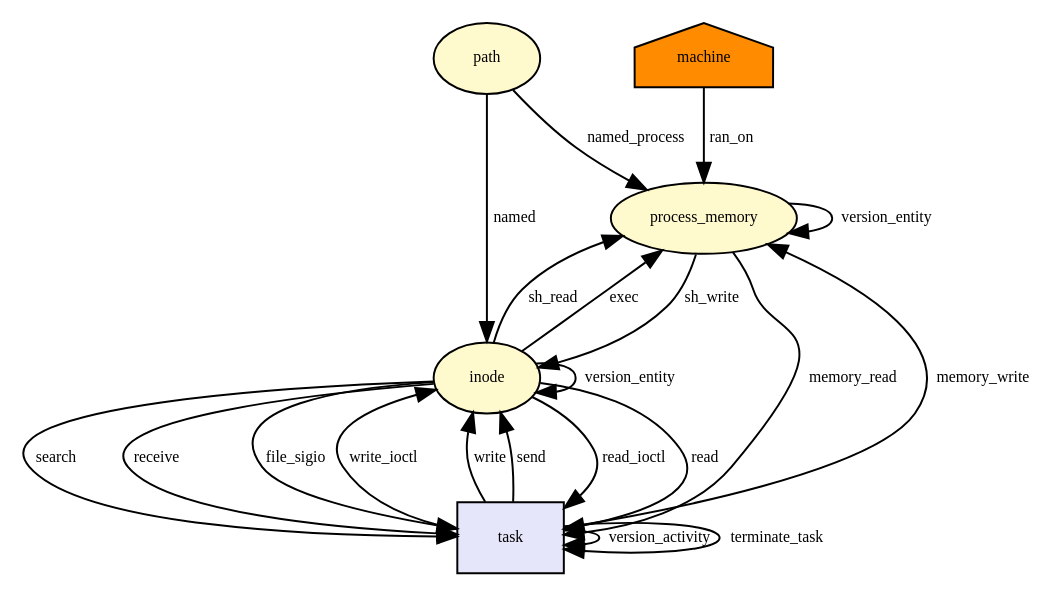
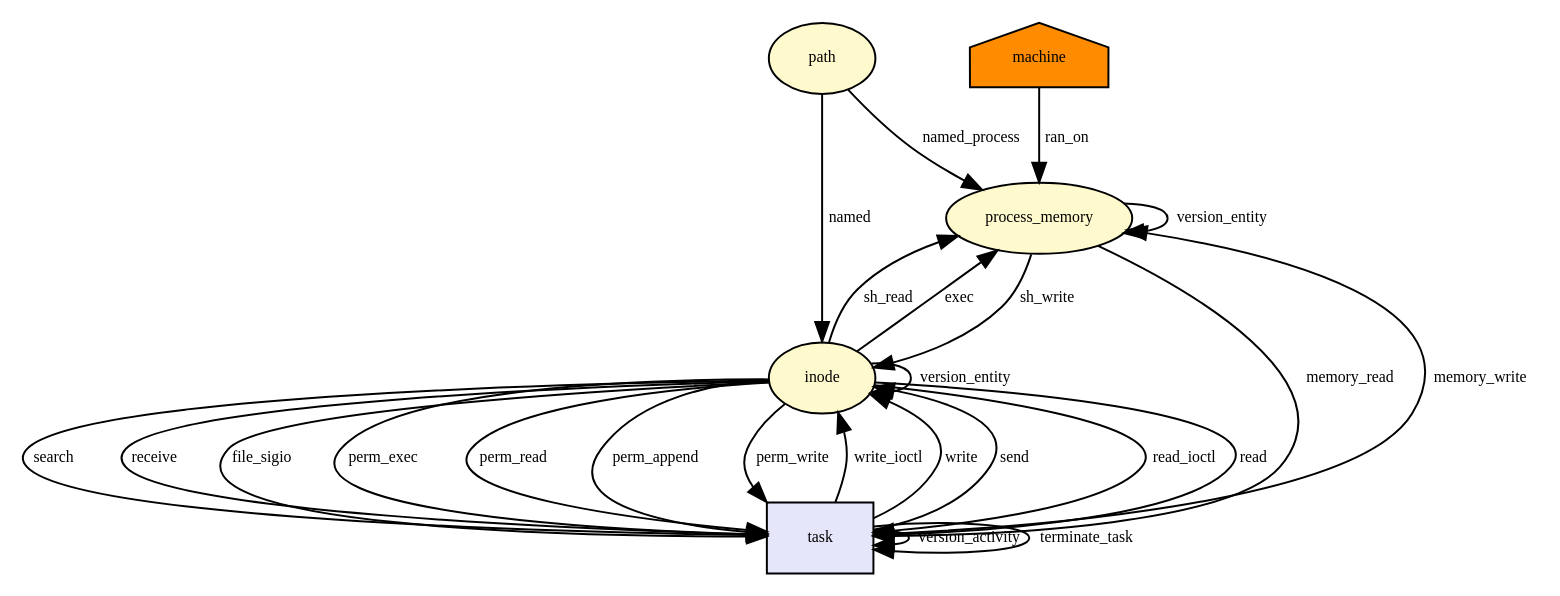
One commit to CamFlow/camflow-dev changed the diagram in docs/dot/__x64_sys_ioctl.dot. Above: the diagram before and after it, drawn with Graphviz. The commit also changed 4 other files, not shown here.

```diff
--- a/docs/dot/__x64_sys_ioctl.dot
+++ b/docs/dot/__x64_sys_ioctl.dot
@@ -1,51 +1,59 @@
 digraph RGL__DirectedAdjacencyGraph {path[fontsize = 8,label = path,shape = ellipse, fillcolor="#fffacd", style = filled]
 
 process_memory[fontsize = 8,label = process_memory,shape = ellipse, fillcolor="#fffacd", style = filled]
 
 path -> process_memory[fontsize = 8,label = named_process]
 
 machine[fontsize = 8,label = machine,shape = house, fillcolor="#ff8c00", style = filled]
 
 machine -> process_memory[fontsize = 8,label = ran_on]
 
 inode[fontsize = 8,label = inode,shape = ellipse, fillcolor="#fffacd", style = filled]
 
 path -> inode[fontsize = 8,label = named]
 
 task[fontsize = 8,label = task,shape = rectangle, fillcolor="#e6e6fa", style = filled]
 
 process_memory -> task[fontsize = 8,label = memory_read]
 
 task -> inode[fontsize = 8,label = write_ioctl]
 
 task -> task[fontsize = 8,label = version_activity]
 
 inode -> inode[fontsize = 8,label = version_entity]
 
 inode -> process_memory[fontsize = 8,label = sh_read]
 
 process_memory -> process_memory[fontsize = 8,label = version_entity]
 
 inode -> task[fontsize = 8,label = read_ioctl]
 
 task -> process_memory[fontsize = 8,label = memory_write]
 
 process_memory -> inode[fontsize = 8,label = sh_write]
 
 task -> inode[fontsize = 8,label = write]
 
 inode -> task[fontsize = 8,label = read]
 
 inode -> task[fontsize = 8,label = search]
 
 task -> inode[fontsize = 8,label = send]
 
 inode -> task[fontsize = 8,label = receive]
 
 inode -> process_memory[fontsize = 8,label = exec]
 
 inode -> task[fontsize = 8,label = file_sigio]
 
+inode -> task[fontsize = 8,label = perm_exec]
+
+inode -> task[fontsize = 8,label = perm_read]
+
+inode -> task[fontsize = 8,label = perm_append]
+
+inode -> task[fontsize = 8,label = perm_write]
+
 task -> task[fontsize = 8,label = terminate_task]
 
 }
```
